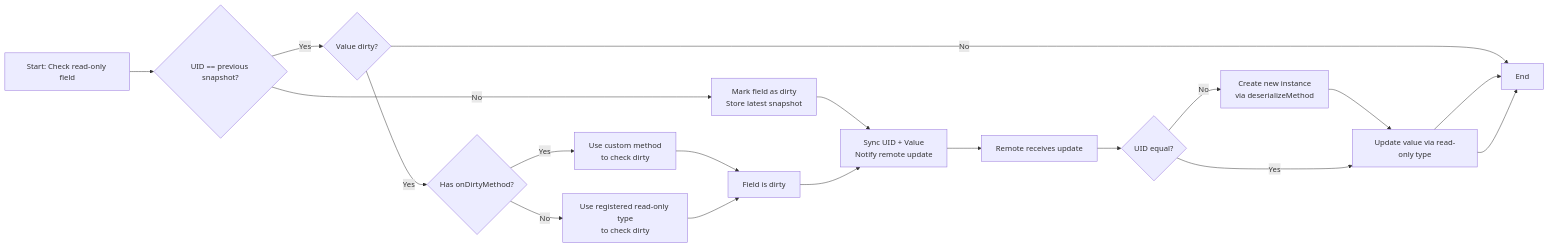
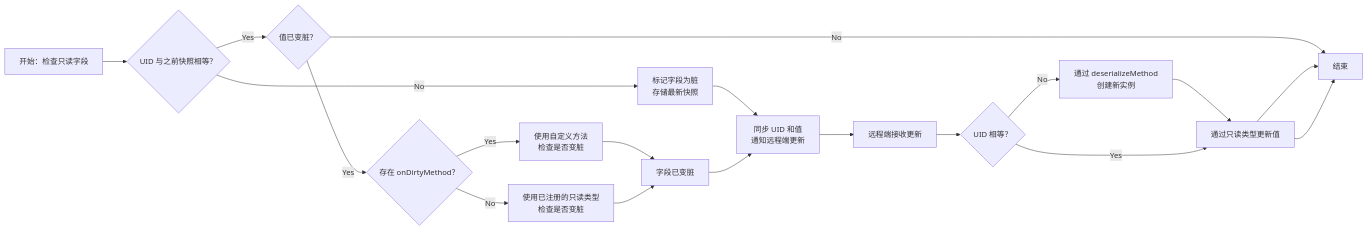
The diagram in docs/zh/ldlib2/sync/annotations.md (Low-Drag-MC/LowDragMC-Doc), drawn with Mermaid before and after one commit. The commit also changed other lines of this file and 66 other files, not shown here.

````diff
--- a/docs/zh/ldlib2/sync/annotations.md
+++ b/docs/zh/ldlib2/sync/annotations.md
@@ -149,27 +149,27 @@
 ```mermaid
 flowchart LR
 
-    A[Start: Check read-only field] --> B{UID == previous snapshot?}
+    A[开始：检查只读字段] --> B{UID 与之前快照相等？}
 
     %% Step 1
-    B -- No --> C[Mark field as dirty<br/>Store latest snapshot] --> D[Sync UID + Value<br/>Notify remote update]
-    B -- Yes --> E{Value dirty?}
+    B -- No --> C[标记字段为脏<br/>存储最新快照] --> D[同步 UID 和值<br/>通知远程端更新]
+    B -- Yes --> E{值已变脏？}
 
     %% Step 2
-    E -- No --> Z[End]
-    E -- Yes --> F{Has onDirtyMethod?}
+    E -- No --> Z[结束]
+    E -- Yes --> F{存在 onDirtyMethod？}
 
-    F -- Yes --> G[Use custom method<br/>to check dirty]
-    F -- No --> H[Use registered read-only type<br/>to check dirty]
+    F -- Yes --> G[使用自定义方法<br/>检查是否变脏]
+    F -- No --> H[使用已注册的只读类型<br/>检查是否变脏]
 
     %% Step 3
-    G --> I[Field is dirty] --> D
+    G --> I[字段已变脏] --> D
     H --> I
 
     %% Remote side
-    D --> R[Remote receives update] --> S{UID equal?}
+    D --> R[远程端接收更新] --> S{UID 相等？}
 
     %% Step 4
-    S -- No --> T[Create new instance<br/>via deserializeMethod] --> U[Update value via read-only type] --> Z
+    S -- No --> T[通过 deserializeMethod<br/>创建新实例] --> U[通过只读类型更新值] --> Z
     S -- Yes --> U --> Z
 ```
````
